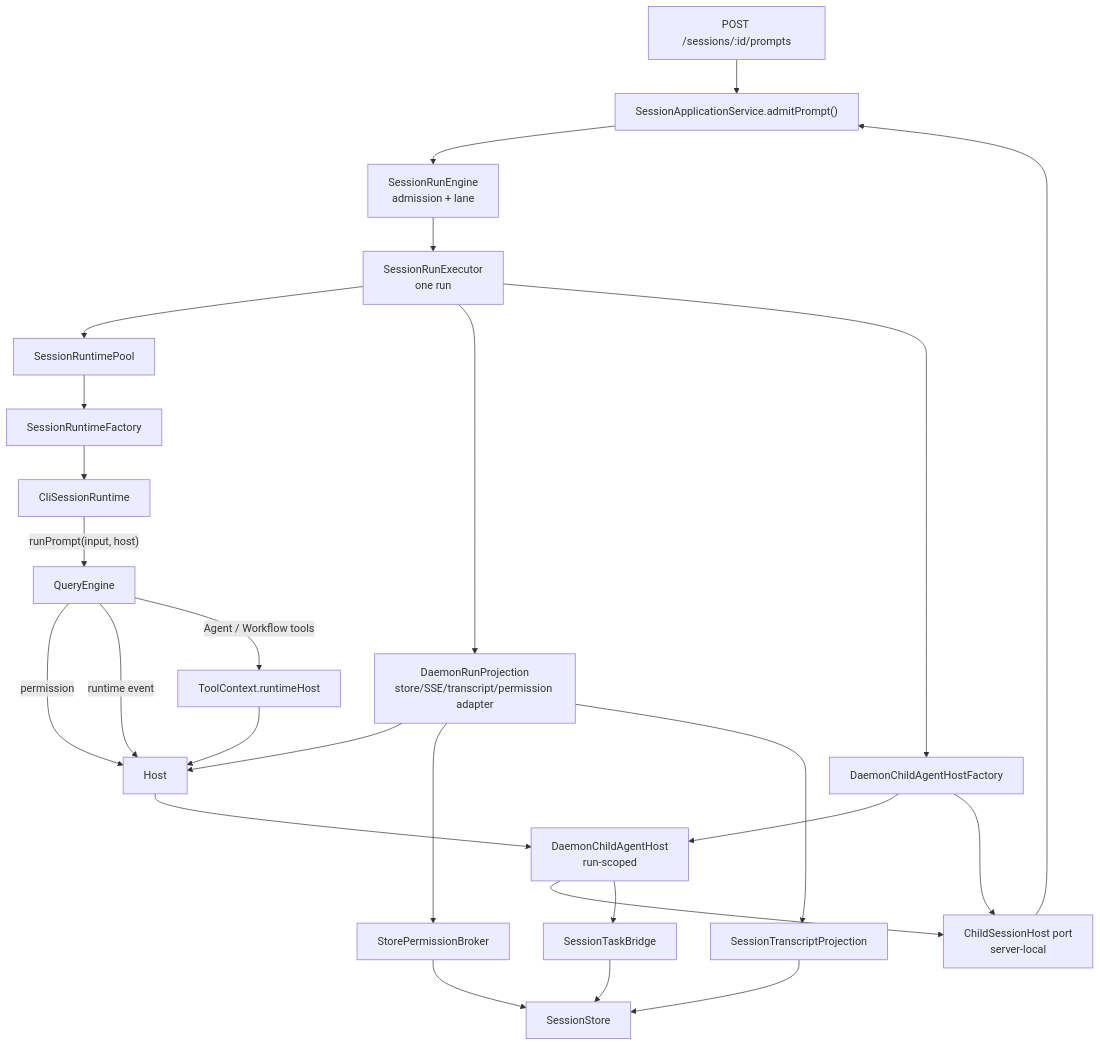
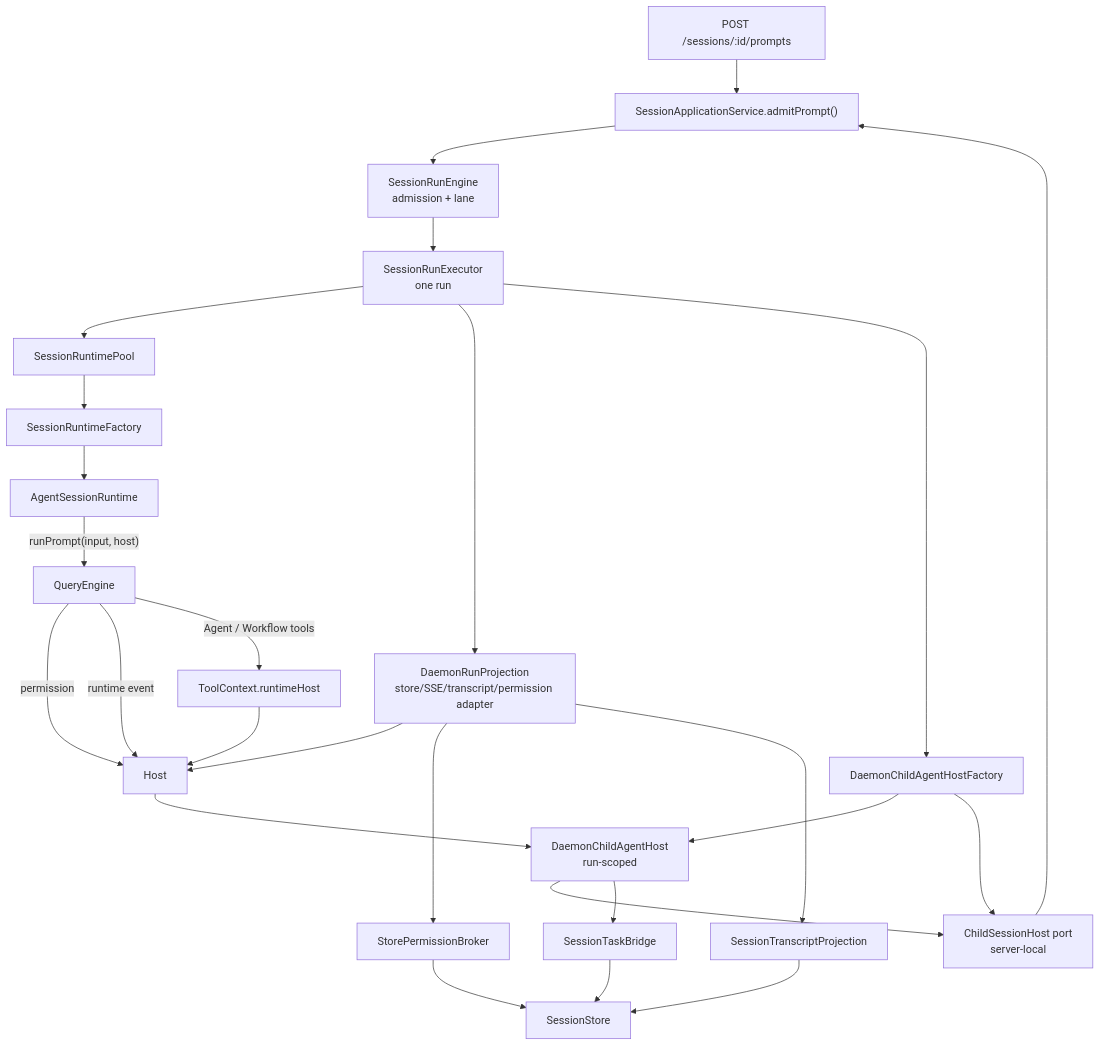
Before and after one commit to rzx007/openharness-ts: the third of 3 diagrams in docs/runtime-host-port-design.md, drawn with Mermaid. The commit also changed other lines of this file and 13 other files, not shown here.

Commit message:
docs(agent-runtime): document framework and hosted flows

````diff
--- a/docs/runtime-host-port-design.md
+++ b/docs/runtime-host-port-design.md
@@ -192,28 +192,28 @@
 ```mermaid
 flowchart TD
   Route["POST /sessions/:id/prompts"] --> App["SessionApplicationService.admitPrompt()"]
   App --> Engine["SessionRunEngine<br/>admission + lane"]
   Engine --> Executor["SessionRunExecutor<br/>one run"]
   Executor --> Pool["SessionRuntimePool"]
   Pool --> Factory["SessionRuntimeFactory"]
-  Factory --> Runtime["CliSessionRuntime"]
+  Factory --> Runtime["AgentSessionRuntime"]
   Executor --> Projection["DaemonRunProjection<br/>store/SSE/transcript/permission adapter"]
   Projection --> Host
   Runtime -->|"runPrompt(input, host)"| QueryEngine["QueryEngine"]
   Executor --> ChildFactory["DaemonChildAgentHostFactory"]
   ChildFactory --> ChildAgentHost["DaemonChildAgentHost<br/>run-scoped"]
   QueryEngine -->|"permission"| Host
   QueryEngine -->|"runtime event"| Host
   QueryEngine -->|"Agent / Workflow tools"| ToolHost["ToolContext.runtimeHost"]
   ToolHost --> Host
   Host --> ChildAgentHost
   ChildFactory --> ChildSessionPort["ChildSessionHost port<br/>server-local"]
   ChildAgentHost --> ChildSessionPort
   ChildAgentHost --> TaskBridge["SessionTaskBridge"]
   ChildSessionPort --> App
   TaskBridge --> Store["SessionStore"]
   Projection --> PermissionBroker["StorePermissionBroker"]
   PermissionBroker --> Store
   Projection --> Transcript["SessionTranscriptProjection"]
   Transcript --> Store
 ```
````
